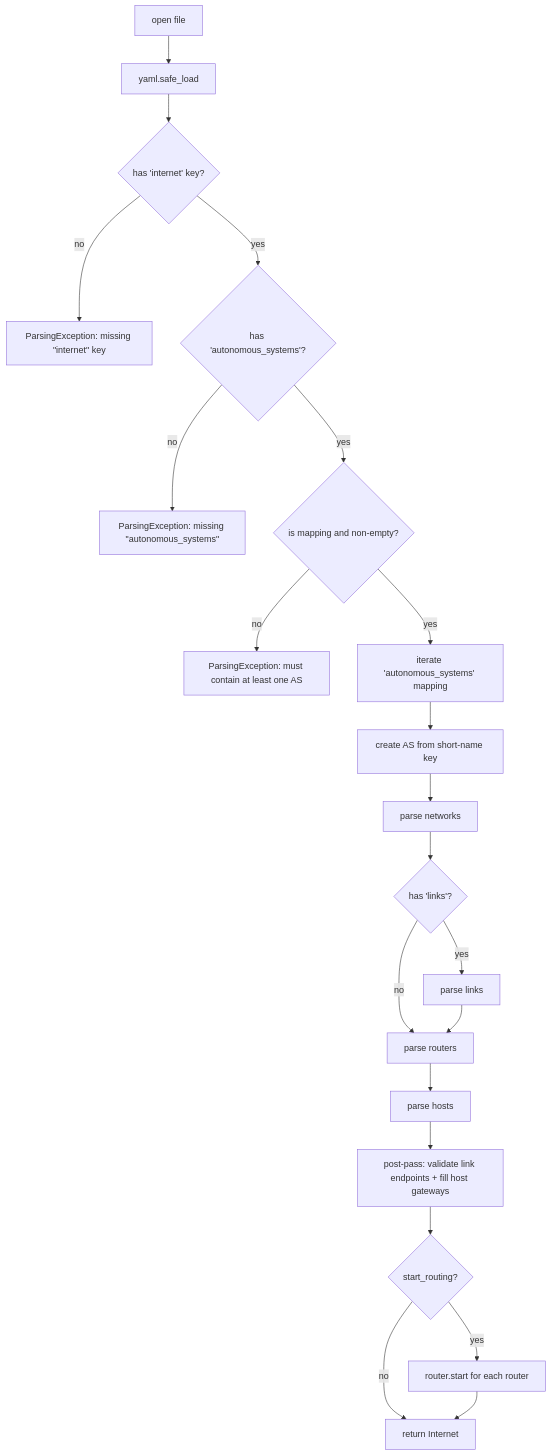
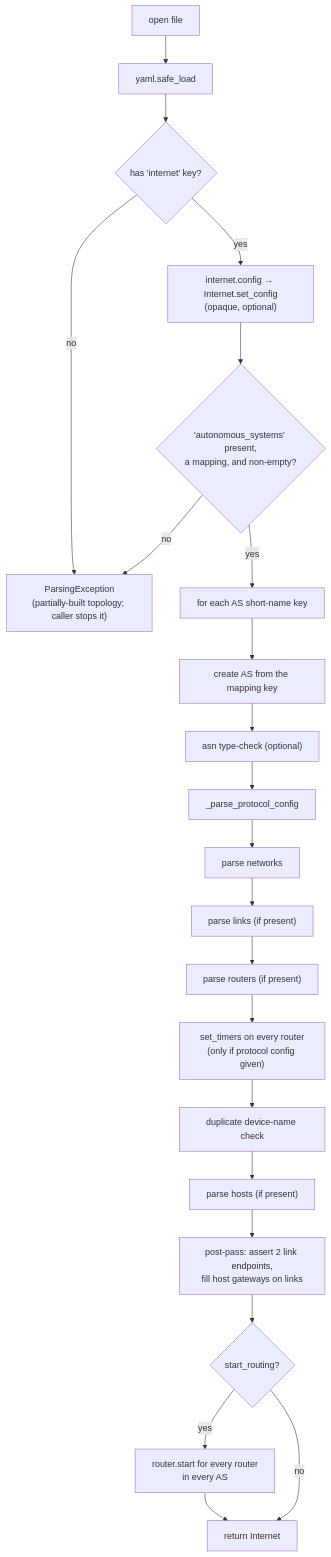
The diagram in docs/architecture/parser.md (lukius/loom), drawn with Mermaid before and after one commit. The commit also changed other lines of this file and 9 other files, not shown here.

Commit message:
docs(architecture): answer review comments, add code references, drop em dashes

````diff
--- a/docs/architecture/parser.md
+++ b/docs/architecture/parser.md
@@ -115,23 +127,32 @@
 ```mermaid
 flowchart TD
-  A[open file] --> B[yaml.safe_load]
-  B --> C{has 'internet' key?}
-  C -- no --> X[ParsingException: missing &quot;internet&quot; key]
-  C -- yes --> C2{has 'autonomous_systems'?}
-  C2 -- no --> X2[ParsingException: missing &quot;autonomous_systems&quot;]
-  C2 -- yes --> C3{is mapping and non-empty?}
-  C3 -- no --> X3[ParsingException: must contain at least one AS]
-  C3 -- yes --> D[iterate 'autonomous_systems' mapping]
-  D --> E[create AS from short-name key]
-  E --> F[parse networks]
-  F --> G{has 'links'?}
-  G -- yes --> H[parse links]
-  G -- no --> I
-  H --> I[parse routers]
-  I --> J[parse hosts]
-  J --> K[post-pass: validate link endpoints + fill host gateways]
-  K --> L{start_routing?}
-  L -- yes --> N[router.start for each router]
+  A["open file"]
+  B["yaml.safe_load"]
+  C{"has 'internet' key?"}
+  CFG["internet.config → Internet.set_config<br/>(opaque, optional)"]
+  C2{"'autonomous_systems' present,<br/>a mapping, and non-empty?"}
+  D["for each AS short-name key"]
+  E["create AS from the mapping key"]
+  E2["asn type-check (optional)"]
+  PC["_parse_protocol_config"]
+  F["parse networks"]
+  G["parse links (if present)"]
+  R["parse routers (if present)"]
+  T["set_timers on every router<br/>(only if protocol config given)"]
+  DUP["duplicate device-name check"]
+  H["parse hosts (if present)"]
+  K["post-pass: assert 2 link endpoints,<br/>fill host gateways on links"]
+  L{"start_routing?"}
+  N["router.start for every router<br/>in every AS"]
+  M["return Internet"]
+  X["ParsingException<br/>(partially-built topology; caller stops it)"]
+
+  A --> B --> C
+  C -- no --> X
+  C -- yes --> CFG --> C2
+  C2 -- no --> X
+  C2 -- yes --> D --> E --> E2 --> PC --> F --> G --> R --> T --> DUP --> H --> K
+  K --> L
+  L -- yes --> N --> M
   L -- no --> M
-  N --> M[return Internet]
 ```
````
